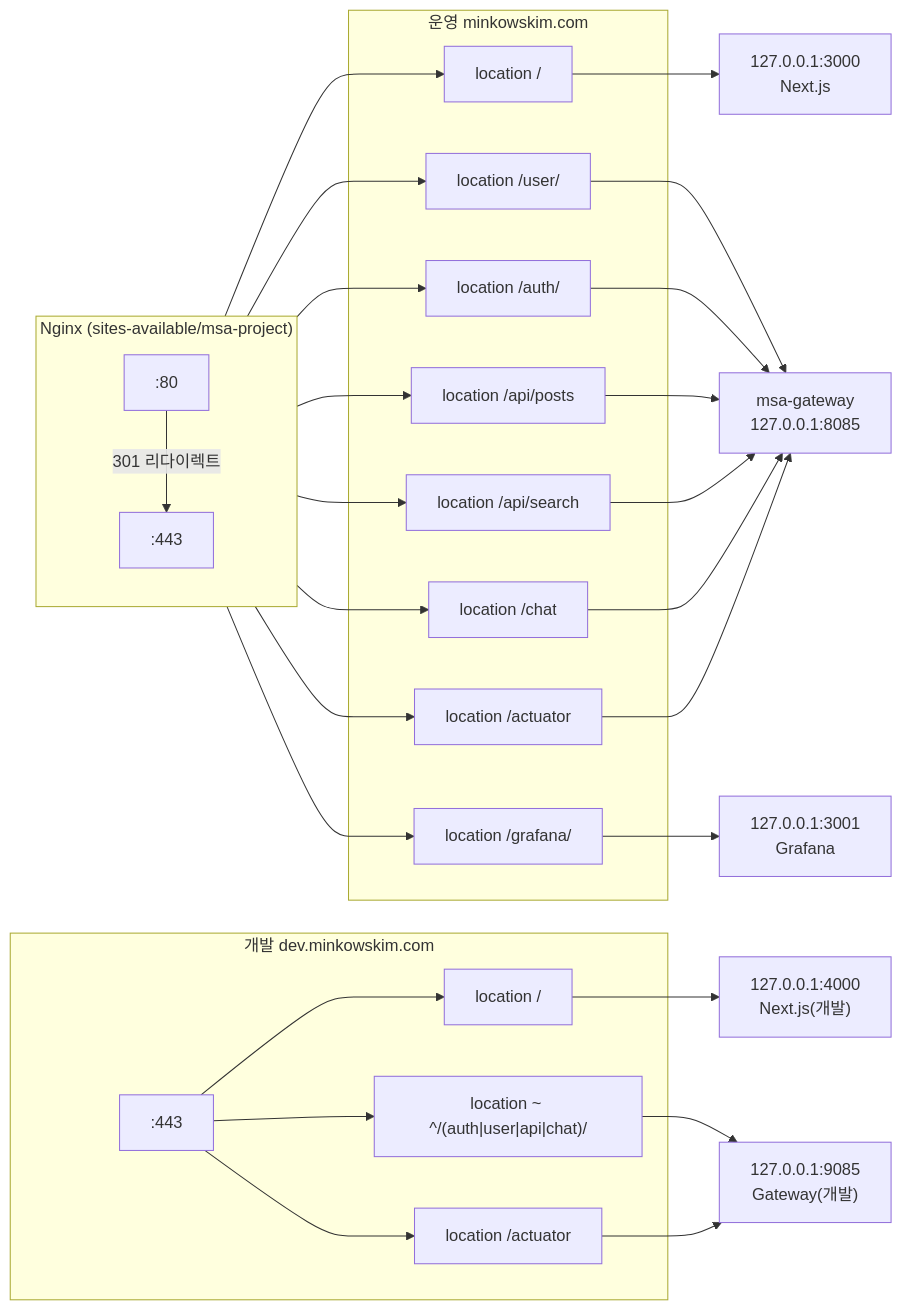
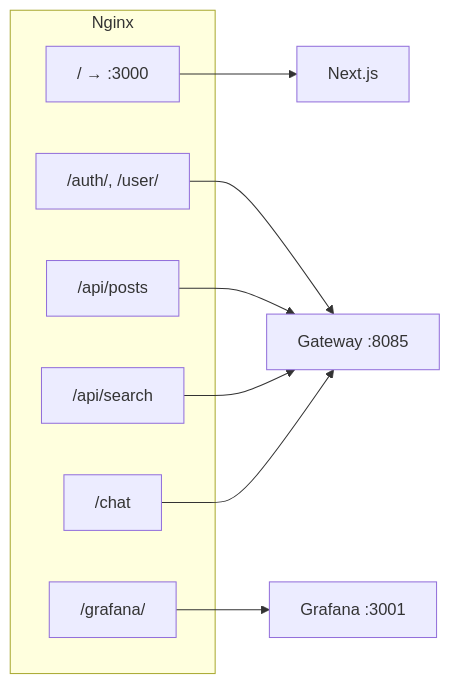
The fourth of 4 diagrams in README.md (MinKyeom/MSA_Project), drawn with Mermaid before and after one commit. The commit also changed other lines of this file, not shown here.

Commit message:
MSA Project Readme.md update

````diff
--- a/README.md
+++ b/README.md
@@ -153,40 +201,18 @@
 ```mermaid
 flowchart LR
-    subgraph Nginx["Nginx (sites-available/msa-project)"]
-        direction TB
-        HTTP80[":80"]
-        HTTPS443[":443"]
+    subgraph Nginx["Nginx"]
+        L["/ → :3000"]
+        A["/auth/, /user/"]
+        P["/api/posts"]
+        S["/api/search"]
+        C["/chat"]
+        G["/grafana/"]
     end
 
-    subgraph Prod["운영 minkowskim.com"]
-        HTTP80 -->|301 리다이렉트| HTTPS443
-        HTTPS443 --> L["location /"]
-        HTTPS443 --> U["location /user/"]
-        HTTPS443 --> A["location /auth/"]
-        HTTPS443 --> P["location /api/posts"]
-        HTTPS443 --> S["location /api/search"]
-        HTTPS443 --> C["location /chat"]
-        HTTPS443 --> ACT["location /actuator"]
-        HTTPS443 --> G["location /grafana/"]
-    end
-
-    subgraph Dev["개발 dev.minkowskim.com"]
-        D443[":443"]
-        D443 --> D_ROOT["location /"]
-        D443 --> D_API["location ~ ^/(auth|user|api|chat)/"]
-        D443 --> D_ACT["location /actuator"]
-    end
-
-    L --> FE["127.0.0.1:3000\nNext.js"]
-    U --> GW["msa-gateway\n127.0.0.1:8085"]
-    A --> GW
+    L --> Next[Next.js]
+    A --> GW[Gateway :8085]
     P --> GW
     S --> GW
     C --> GW
-    ACT --> GW
-    G --> GRAF["127.0.0.1:3001\nGrafana"]
-
-    D_ROOT --> FE_DEV["127.0.0.1:4000\nNext.js(개발)"]
-    D_API --> GW_DEV["127.0.0.1:9085\nGateway(개발)"]
-    D_ACT --> GW_DEV
+    G --> Grafana[Grafana :3001]
 ```
````
